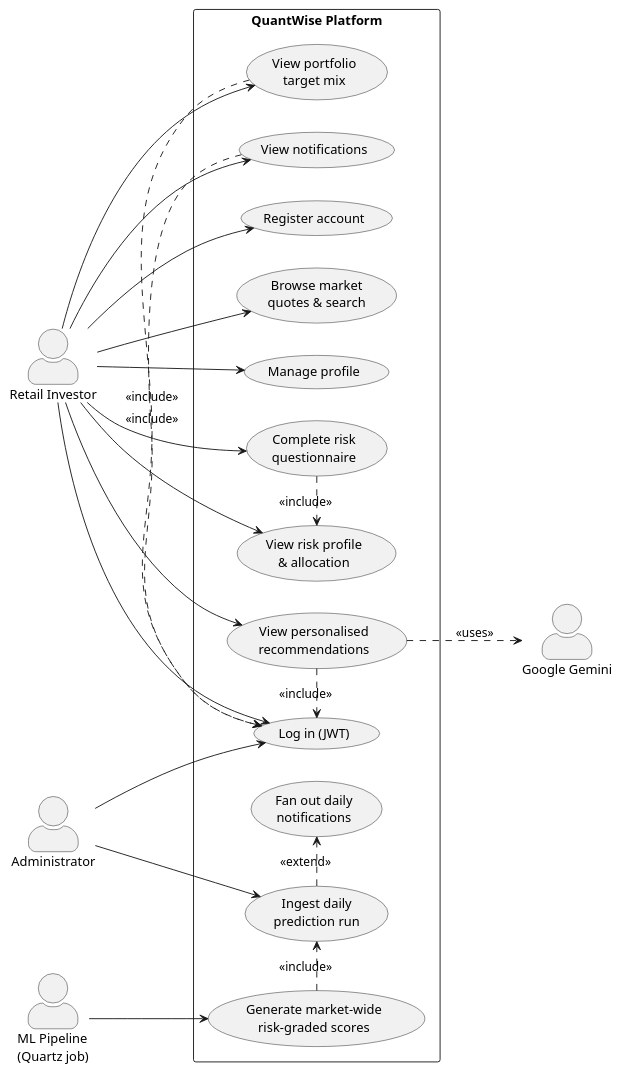
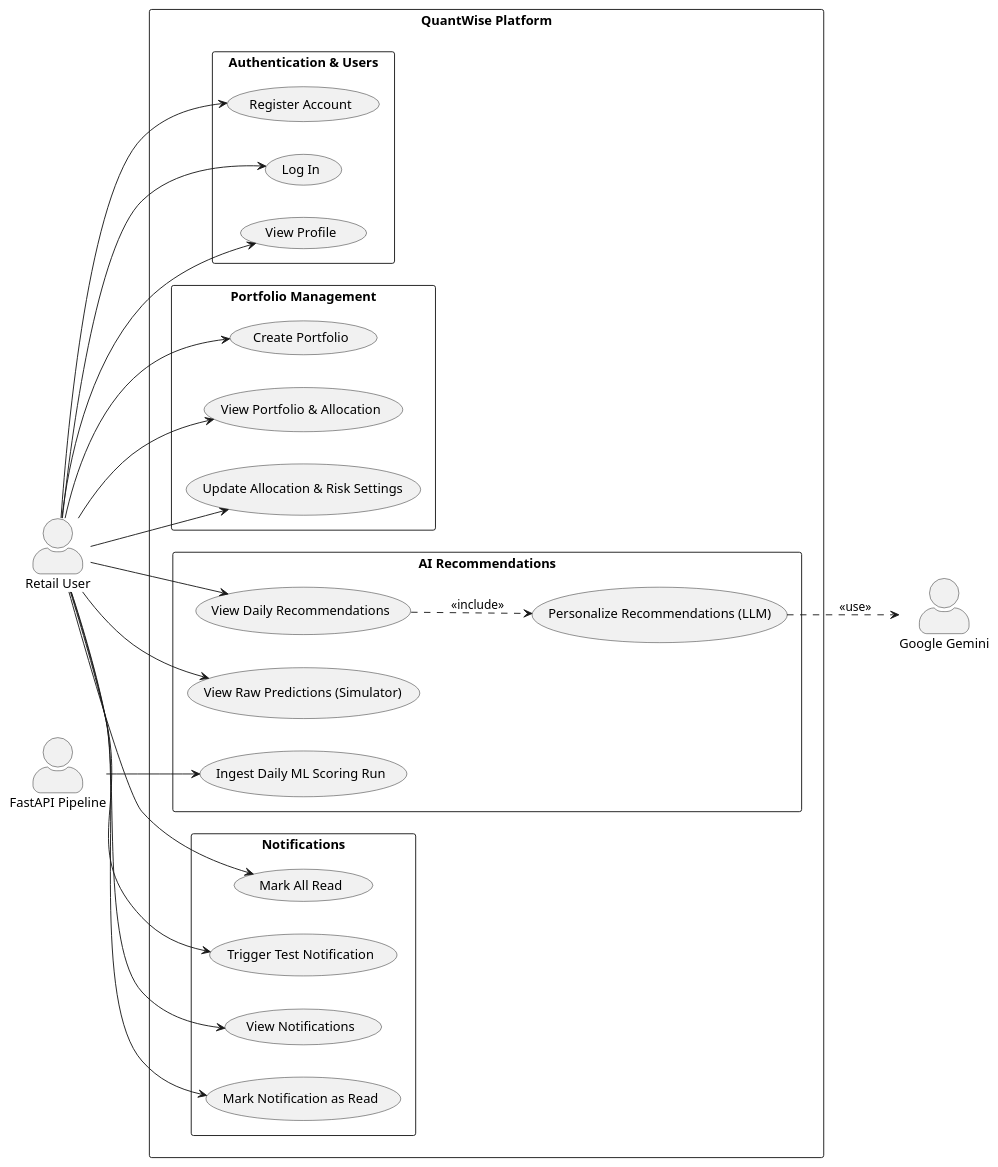
Before and after one commit to DA7-WTDS/Graduation-project: the diagram in dissertation-evidence/diagrams/fig-3-1-use-case.puml, drawn with PlantUML. The commit also changed 1 other file, not shown here.

```diff
--- a/dissertation-evidence/diagrams/fig-3-1-use-case.puml
+++ b/dissertation-evidence/diagrams/fig-3-1-use-case.puml
@@ -1,50 +1,55 @@
 @startuml fig-3-1-use-case
-' QuantWise — Figure 3.1 Use-Case Diagram
-' Render at https://www.plantuml.com/plantuml or with the plantuml CLI.
 left to right direction
 skinparam packageStyle rectangle
 skinparam actorStyle awesome
 
-actor "Retail Investor" as User
-actor "Administrator" as Admin
-actor "ML Pipeline\n(Quartz job)" as Pipeline
+actor "Retail User" as User
+actor "FastAPI Pipeline" as Pipeline
 actor "Google Gemini" as Gemini
 
 rectangle "QuantWise Platform" {
-  usecase "Register account" as UC1
-  usecase "Log in (JWT)" as UC2
-  usecase "Complete risk\nquestionnaire" as UC3
-  usecase "View risk profile\n& allocation" as UC4
-  usecase "View personalised\nrecommendations" as UC5
-  usecase "View portfolio\ntarget mix" as UC6
-  usecase "Browse market\nquotes & search" as UC7
-  usecase "View notifications" as UC8
-  usecase "Manage profile" as UC9
-  usecase "Ingest daily\nprediction run" as UC10
-  usecase "Generate market-wide\nrisk-graded scores" as UC11
-  usecase "Fan out daily\nnotifications" as UC12
+  rectangle "Authentication & Users" {
+    usecase "Register Account" as UC_Register
+    usecase "Log In" as UC_Login
+    usecase "View Profile" as UC_Profile
+  }
+  
+  rectangle "Portfolio Management" {
+    usecase "Create Portfolio" as UC_CreatePortfolio
+    usecase "View Portfolio & Allocation" as UC_ViewPortfolio
+    usecase "Update Allocation & Risk Settings" as UC_UpdatePortfolio
+  }
+  
+  rectangle "AI Recommendations" {
+    usecase "View Daily Recommendations" as UC_ViewRecs
+    usecase "Personalize Recommendations (LLM)" as UC_PersonalizeRecs
+    usecase "View Raw Predictions (Simulator)" as UC_ViewPredictions
+    usecase "Ingest Daily ML Scoring Run" as UC_IngestResults
+  }
+  
+  rectangle "Notifications" {
+    usecase "View Notifications" as UC_ViewNotifications
+    usecase "Mark Notification as Read" as UC_MarkRead
+    usecase "Mark All Read" as UC_MarkAllRead
+    usecase "Trigger Test Notification" as UC_TestNotification
+  }
 }
 
-User --> UC1
-User --> UC2
-User --> UC3
-User --> UC4
-User --> UC5
-User --> UC6
-User --> UC7
-User --> UC8
-User --> UC9
-Admin --> UC2
-Admin --> UC10
+User --> UC_Register
+User --> UC_Login
+User --> UC_Profile
+User --> UC_CreatePortfolio
+User --> UC_ViewPortfolio
+User --> UC_UpdatePortfolio
+User --> UC_ViewRecs
+User --> UC_ViewPredictions
+User --> UC_ViewNotifications
+User --> UC_MarkRead
+User --> UC_MarkAllRead
+User --> UC_TestNotification
 
-UC3 .> UC4 : <<include>>
-UC5 .> UC2 : <<include>>
-UC6 .> UC2 : <<include>>
-UC8 .> UC2 : <<include>>
-UC5 ..> Gemini : <<uses>>
+Pipeline --> UC_IngestResults
 
-Pipeline --> UC11
-UC11 .> UC10 : <<include>>
-UC10 .> UC12 : <<extend>>
-
+UC_ViewRecs ..> UC_PersonalizeRecs : <<include>>
+UC_PersonalizeRecs ..> Gemini : <<use>>
 @enduml
```
